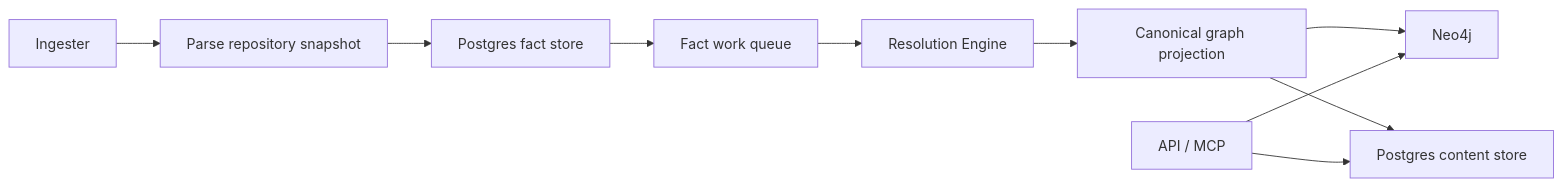
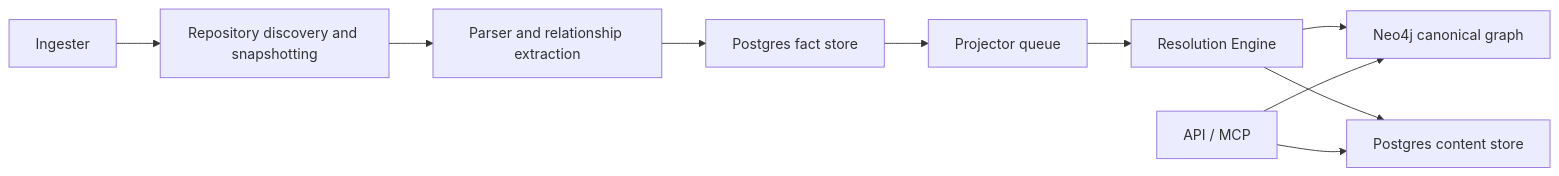
One commit to platformcontext/platform-context-graph changed the first of 3 diagrams in docs/docs/architecture.md. Above: the diagram before and after it, drawn with Mermaid. The commit also changed other lines of this file and 32 other files, not shown here.

Commit message:
docs: replace historical records with current architecture

````diff
--- a/docs/docs/architecture.md
+++ b/docs/docs/architecture.md
@@ -68,12 +42,12 @@
 ```mermaid
 flowchart LR
-  A["Ingester"] --> B["Parse repository snapshot"]
-  B --> C["Postgres fact store"]
-  C --> D["Fact work queue"]
-  D --> E["Resolution Engine"]
-  E --> F["Canonical graph projection"]
-  F --> G["Neo4j"]
+  A["Ingester"] --> B["Repository discovery and snapshotting"]
+  B --> C["Parser and relationship extraction"]
+  C --> D["Postgres fact store"]
+  D --> E["Projector queue"]
+  E --> F["Resolution Engine"]
+  F --> G["Neo4j canonical graph"]
   F --> H["Postgres content store"]
   I["API / MCP"] --> G
-  I --> H
+  I["API / MCP"] --> H
 ```
````
